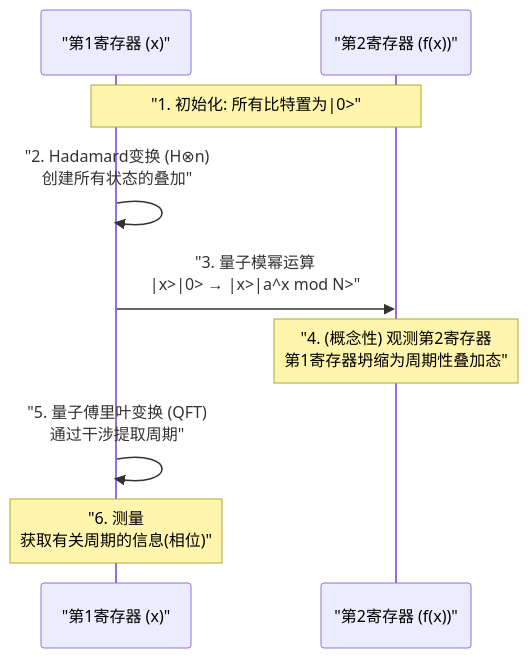
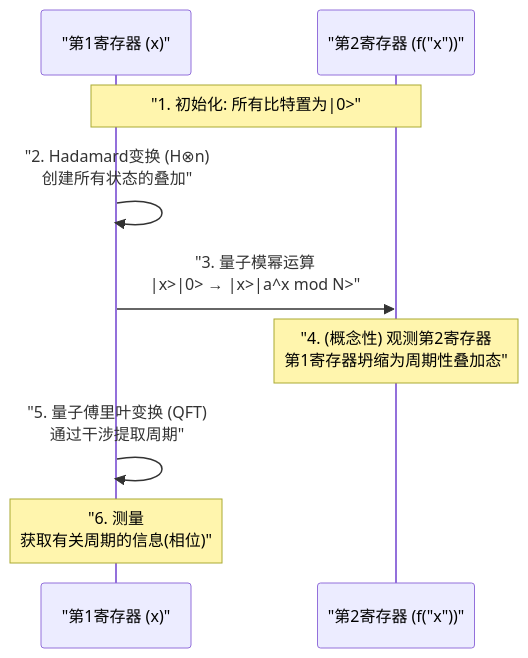
Before and after one commit to kenjinote/blog: the second of 2 diagrams in content/post/quantum-computing-shors-algorithm/index.zh-cn.md, drawn with Mermaid. The commit also changed other lines of this file and 929 other files, not shown here.

Commit message:
fix: Add double quotes to all Mermaid node texts to resolve syntax errors

````diff
--- a/content/post/quantum-computing-shors-algorithm/index.zh-cn.md
+++ b/content/post/quantum-computing-shors-algorithm/index.zh-cn.md
@@ -197,12 +197,12 @@
 ```mermaid
 sequenceDiagram
     participant Q_Reg1 as "第1寄存器 (x)"
-    participant Q_Reg2 as "第2寄存器 (f(x))"
+    participant Q_Reg2 as "第2寄存器 (f("x"))"
     
     Note over Q_Reg1,Q_Reg2: "1. 初始化: 所有比特置为|0>"
     Q_Reg1->>Q_Reg1: "2. Hadamard变换 (H⊗n) <br/>创建所有状态的叠加"
     Q_Reg1->>Q_Reg2: "3. 量子模幂运算 <br/> |x>|0> → |x>|a^x mod N>"
     Note over Q_Reg2: "4. (概念性) 观测第2寄存器<br/>第1寄存器坍缩为周期性叠加态"
     Q_Reg1->>Q_Reg1: "5. 量子傅里叶变换 (QFT)<br/>通过干涉提取周期"
     Note over Q_Reg1: "6. 测量<br/>获取有关周期的信息(相位)"
 ```
````
